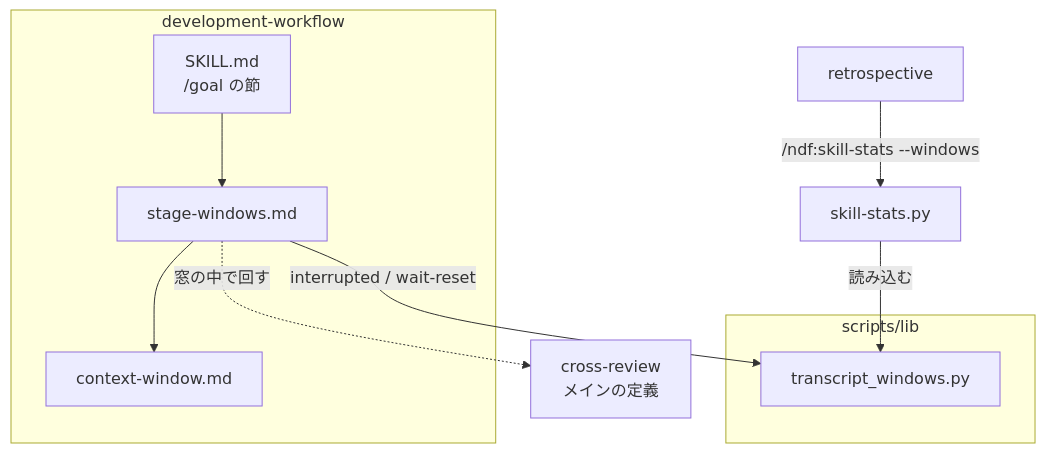
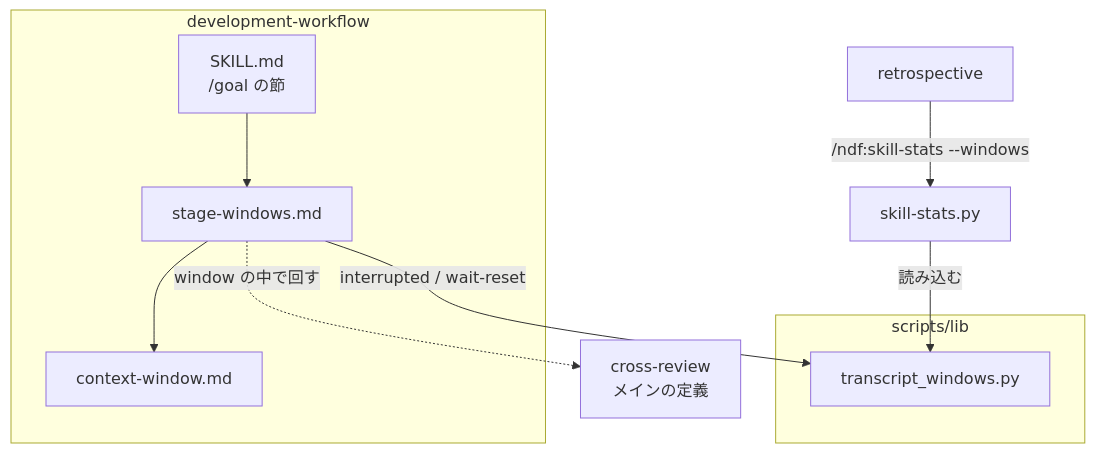
The second of 6 diagrams in issues/issue-550-657-design.md (devbasex/ai-plugins), drawn with Mermaid before and after one commit. The commit also changed other lines of this file and 2 other files, not shown here.

First line of the commit message:
Docs: 用語を「窓」から window へ置き換える（#550 #657）

````diff
--- a/issues/issue-550-657-design.md
+++ b/issues/issue-550-657-design.md
@@ -203,20 +204,20 @@
 ```mermaid
 graph TD
     subgraph DW[development-workflow]
         SK[SKILL.md<br/>/goal の節]
         SW[stage-windows.md]
         CW[context-window.md]
     end
     subgraph LIB[scripts/lib]
         TW[transcript_windows.py]
     end
     SS[skill-stats.py]
     RT[retrospective]
     CR[cross-review<br/>メインの定義]
     SK --> SW
     SW --> CW
     SW -->|interrupted / wait-reset| TW
     SS -->|読み込む| TW
     RT -->|/ndf:skill-stats --windows| SS
-    SW -.窓の中で回す.-> CR
+    SW -.window の中で回す.-> CR
 ```
````
